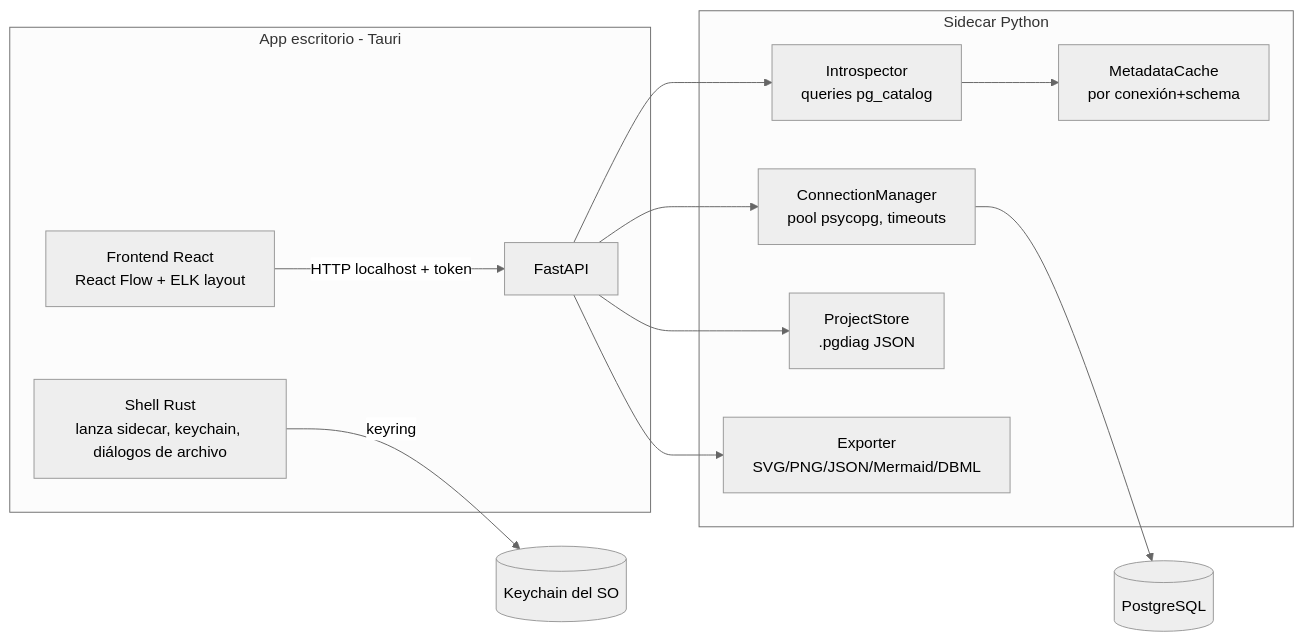
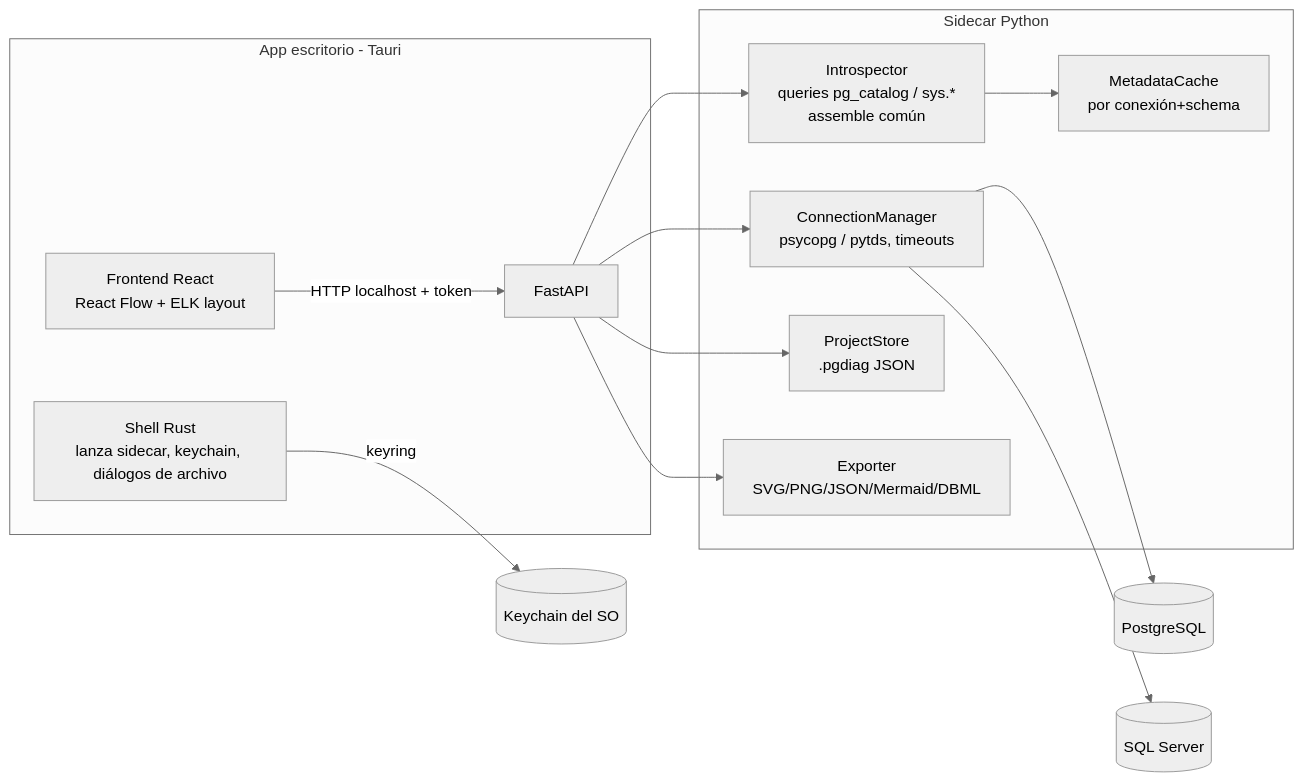
Before and after one commit to nuribe/Meridia: the first of 2 diagrams in docs/pg-diagrammer-diseno.md, drawn with Mermaid (neutral theme). The commit also changed other lines of this file and 22 other files, not shown here.

First line of the commit message:
Soporte de SQL Server junto a PostgreSQL

````diff
--- a/docs/pg-diagrammer-diseno.md
+++ b/docs/pg-diagrammer-diseno.md
@@ -27,16 +30,17 @@
 ```mermaid
 flowchart LR
     subgraph App escritorio - Tauri
         UI[Frontend React<br/>React Flow + ELK layout] -->|HTTP localhost + token| API
         SHELL[Shell Rust<br/>lanza sidecar, keychain, diálogos de archivo]
     end
     subgraph Sidecar Python
-        API[FastAPI] --> CONN[ConnectionManager<br/>pool psycopg, timeouts]
-        API --> INTRO[Introspector<br/>queries pg_catalog]
+        API[FastAPI] --> CONN[ConnectionManager<br/>psycopg / pytds, timeouts]
+        API --> INTRO[Introspector<br/>queries pg_catalog / sys.*<br/>assemble común]
         API --> PROJ[ProjectStore<br/>.pgdiag JSON]
         API --> EXP[Exporter<br/>SVG/PNG/JSON/Mermaid/DBML]
         INTRO --> CACHE[MetadataCache<br/>por conexión+schema]
     end
     CONN --> PG[(PostgreSQL)]
+    CONN --> MS[(SQL Server)]
     SHELL -->|keyring| KC[(Keychain del SO)]
 ```
````
